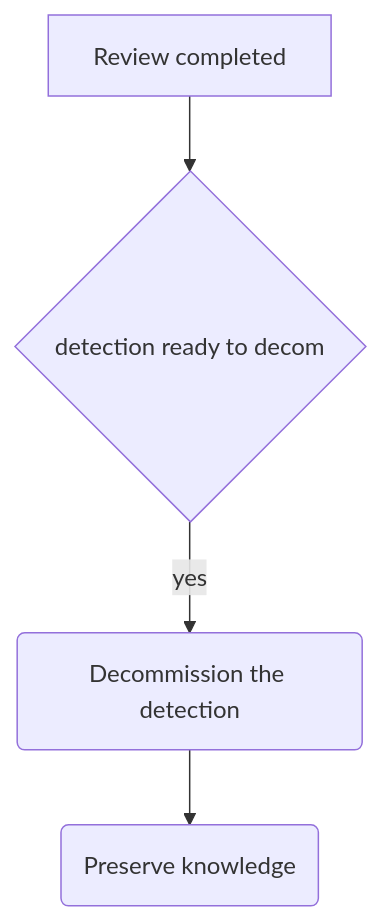
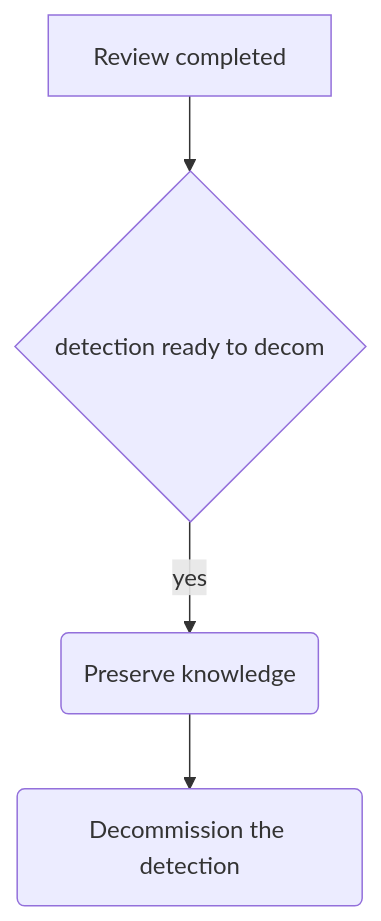
The third of 3 diagrams in README.md (wealthsimple/odef), drawn with Mermaid before and after one commit.

Commit message:
adding process flows1

````diff
--- a/README.md
+++ b/README.md
@@ -404,6 +404,6 @@
 ```mermaid 
 graph TD;
 Review1[Review completed] --> Review2;
-Review2{detection ready to decom} -->|yes| Decommission(Decommission the detection);
-Decommission --> Preserve(Preserve knowledge);
+Review2{detection ready to decom} -->|yes| Preserve(Preserve knowledge);
+Preserve --> Decommission(Decommission the detection);
 ```
````
